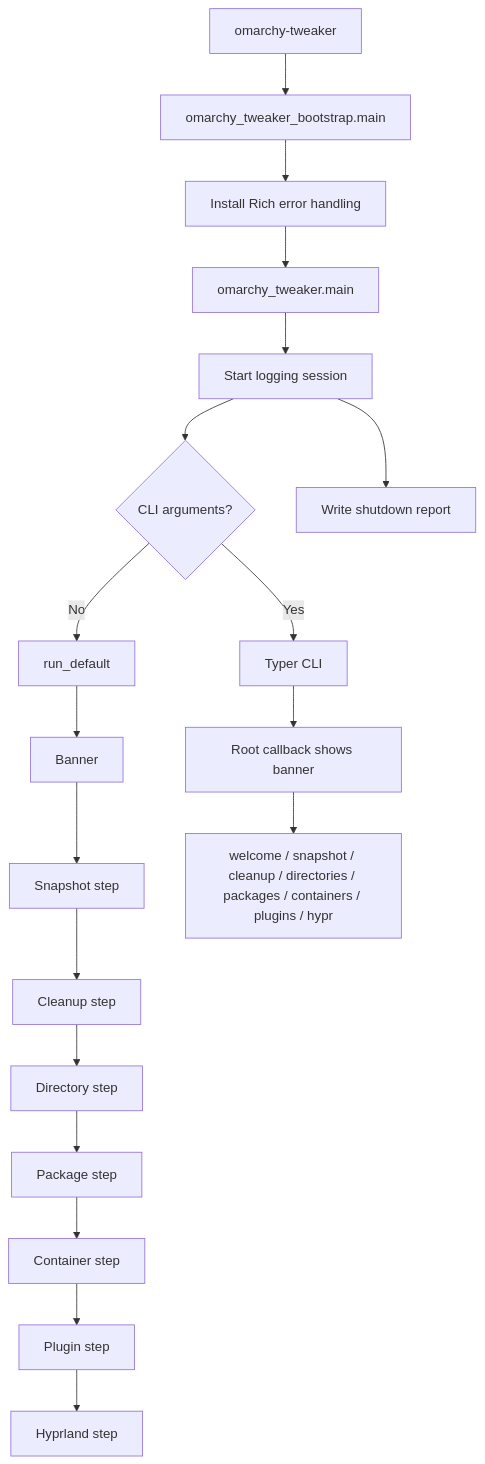
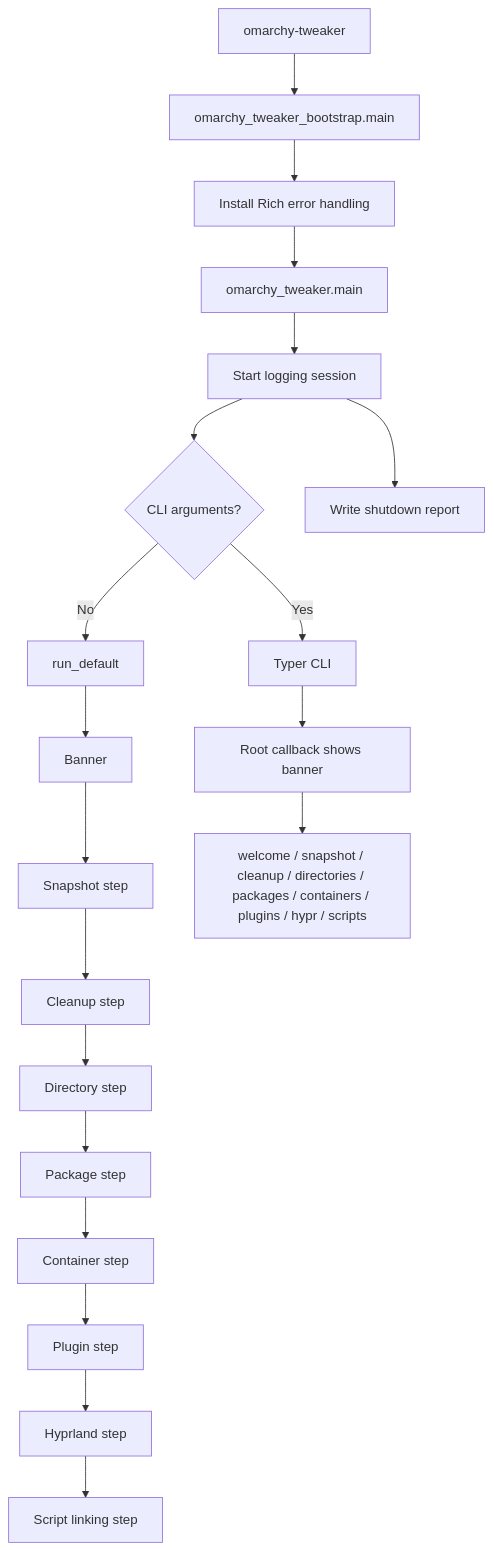
The first of 3 diagrams in docs/architecture.md (Armoghans-Organization/Omarchy-Tweaker), drawn with Mermaid before and after one commit. The commit also changed other lines of this file and 21 other files, not shown here.

````diff
--- a/docs/architecture.md
+++ b/docs/architecture.md
@@ -18,21 +18,22 @@
 ```mermaid
 flowchart TD
     A[omarchy-tweaker] --> B[omarchy_tweaker_bootstrap.main]
     B --> C[Install Rich error handling]
     C --> D[omarchy_tweaker.main]
     D --> E[Start logging session]
     E --> F{CLI arguments?}
     F -- No --> G[run_default]
     G --> H[Banner]
     H --> I[Snapshot step]
     I --> J[Cleanup step]
     J --> O[Directory step]
     O --> P[Package step]
     P --> Q[Container step]
     Q --> R[Plugin step]
     R --> S[Hyprland step]
+    S --> T[Script linking step]
     F -- Yes --> K[Typer CLI]
     K --> L[Root callback shows banner]
-    L --> M[welcome / snapshot / cleanup / directories / packages / containers / plugins / hypr]
+    L --> M[welcome / snapshot / cleanup / directories / packages / containers / plugins / hypr / scripts]
     E --> N[Write shutdown report]
 ```
````
